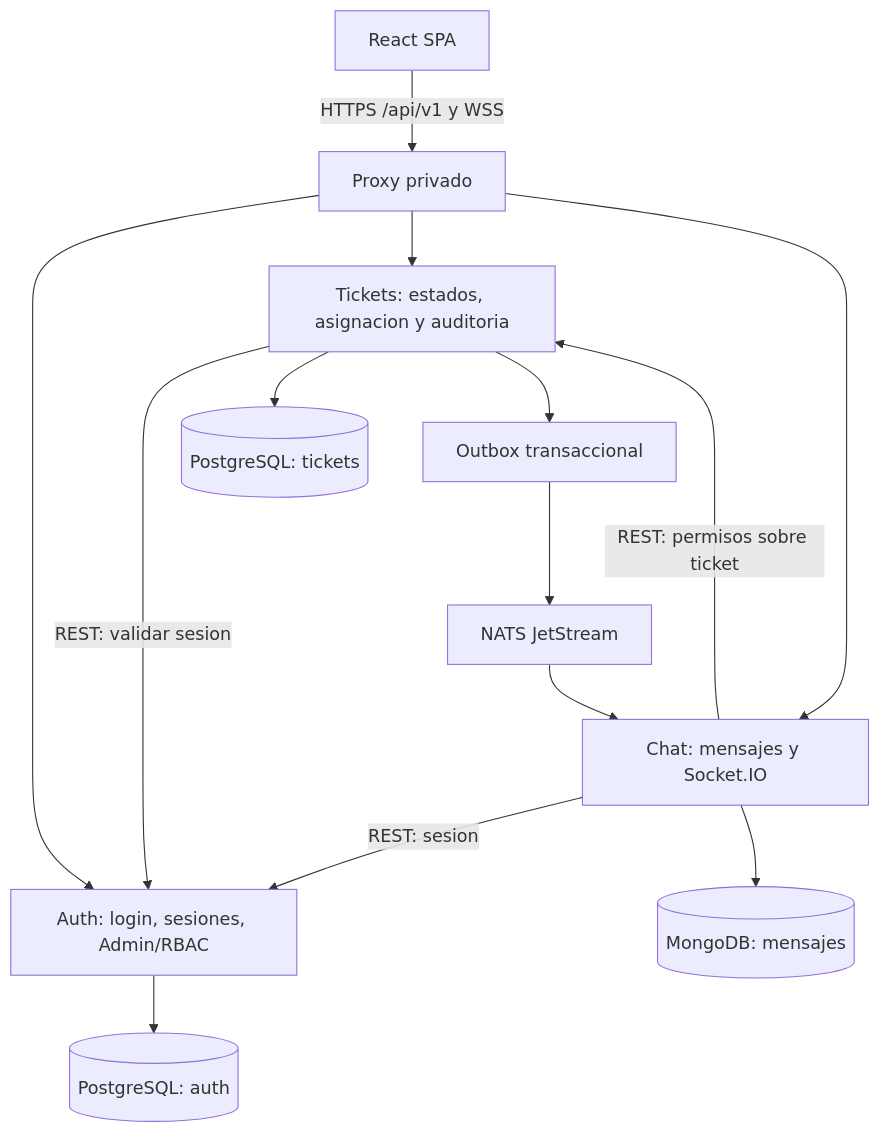
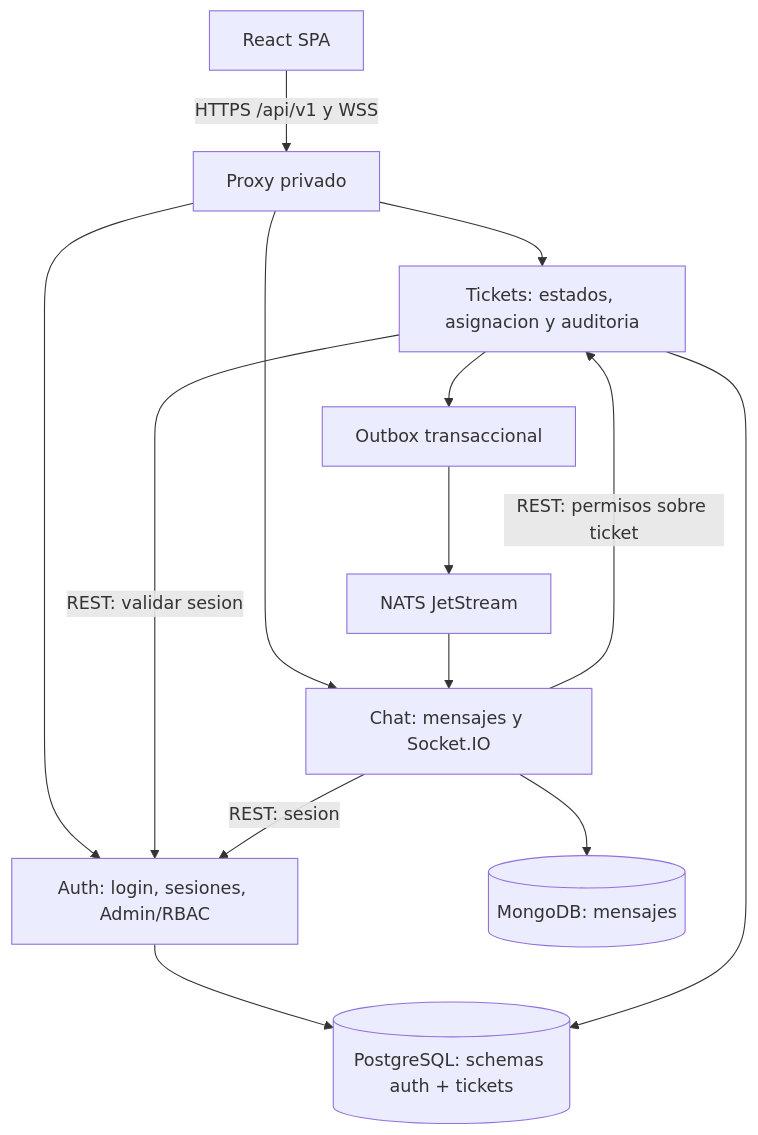
One commit to caml07/FixIt changed the diagram in docs/003.Architecture.md. Above: the diagram before and after it, drawn with Mermaid.

Commit message:
docs(architecture): show shared PostgreSQL in current diagram

````diff
--- a/docs/003.Architecture.md
+++ b/docs/003.Architecture.md
@@ -17,16 +17,16 @@
 ```mermaid
 flowchart TD
   U[React SPA] -->|HTTPS /api/v1 y WSS| P[Proxy privado]
   P --> A[Auth: login, sesiones, Admin/RBAC]
   P --> T[Tickets: estados, asignacion y auditoria]
   P --> C[Chat: mensajes y Socket.IO]
   T -->|REST: validar sesion| A
   C -->|REST: sesion| A
   C -->|REST: permisos sobre ticket| T
-  A --> PG[(PostgreSQL: auth)]
-  T --> PG2[(PostgreSQL: tickets)]
+  A --> PG[(PostgreSQL: schemas auth + tickets)]
+  T --> PG
   T --> O[Outbox transaccional]
   O --> N[NATS JetStream]
   N --> C
   C --> M[(MongoDB: mensajes)]
 ```
````
